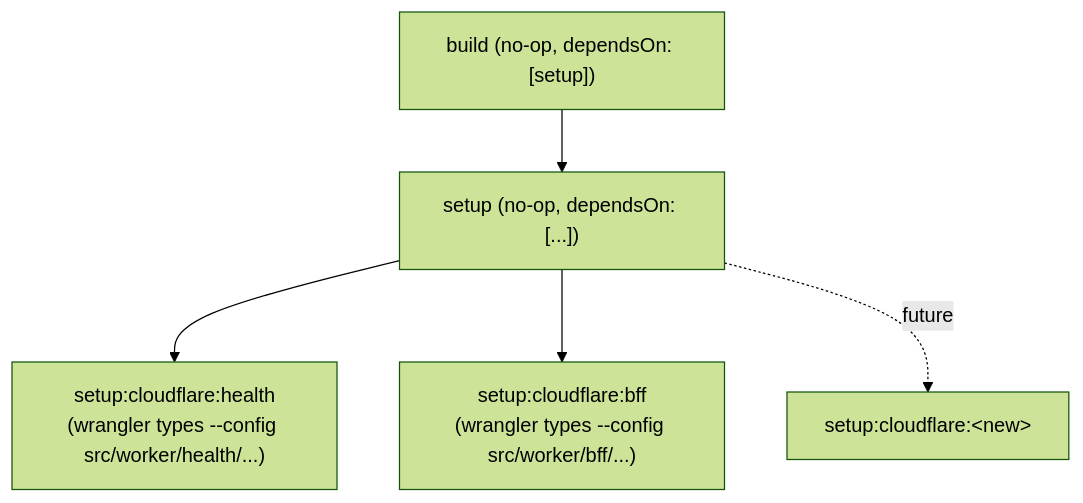
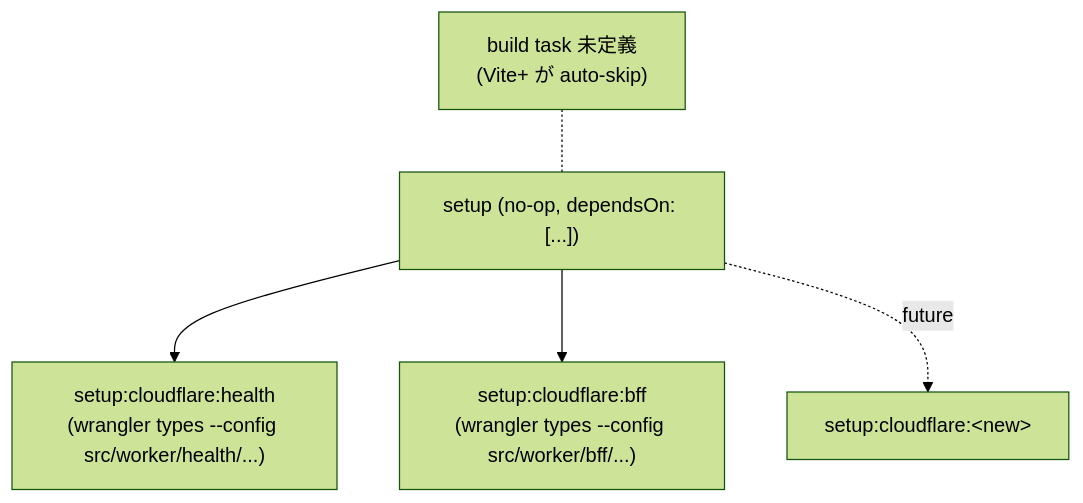
One commit to totto2727-org/monorepo changed the third of 3 diagrams in docs/workflow/feed-platform-ms-01-workspace-foundation/design.md. Above: the diagram before and after it, drawn with Mermaid (forest theme). The commit also changed other lines of this file and 3 other files, not shown here.

First line of the commit message:
refactor(dev-workflow/feed-platform-ms-01-workspace-foundation): drop backend no-op build task and record library extraction milestone candidates

````diff
--- a/docs/workflow/feed-platform-ms-01-workspace-foundation/design.md
+++ b/docs/workflow/feed-platform-ms-01-workspace-foundation/design.md
@@ -857,7 +854,7 @@
 ```mermaid
 graph TB
-  build["build (no-op, dependsOn: [setup])"] --> setup
   setup["setup (no-op, dependsOn: [...])"] --> sc_health["setup:cloudflare:health<br/>(wrangler types --config src/worker/health/...)"]
+  note["build task 未定義<br/>(Vite+ が auto-skip)"] -.- setup
   setup --> sc_bff["setup:cloudflare:bff<br/>(wrangler types --config src/worker/bff/...)"]
   setup -.future.-> sc_new["setup:cloudflare:&lt;new&gt;"]
 ```
````
